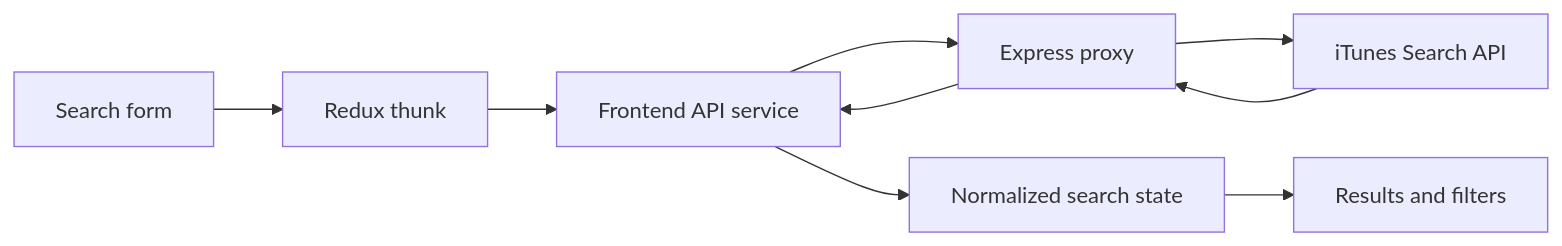
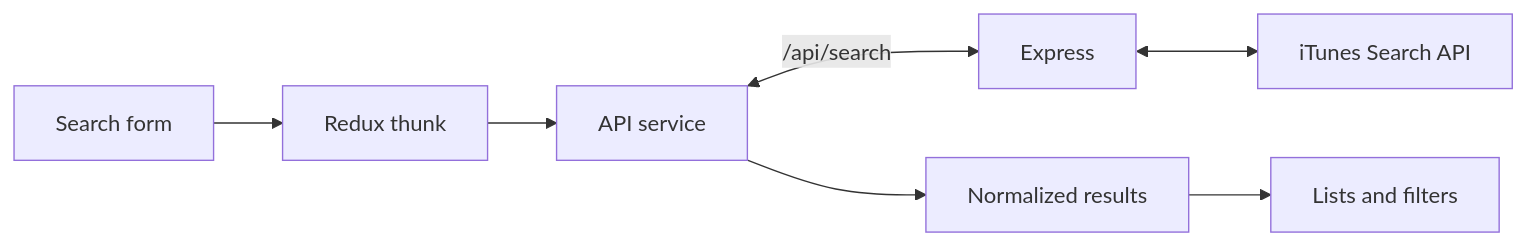
The diagram in README.md (Pcharlesme/NextMusic), drawn with Mermaid before and after one commit. The commit also changed other lines of this file and 6 other files, not shown here.

````diff
--- a/README.md
+++ b/README.md
@@ -77,11 +47,9 @@
 ```mermaid
 flowchart LR
-  A[Search form] --> B[Redux thunk]
-  B --> C[Frontend API service]
-  C --> D[Express proxy]
-  D --> E[iTunes Search API]
-  E --> D
-  D --> C
-  C --> F[Normalized search state]
-  F --> G[Results and filters]
+  Form[Search form] --> Thunk[Redux thunk]
+  Thunk --> Service[API service]
+  Service <-->|/api/search| Server[Express]
+  Server <--> Apple[iTunes Search API]
+  Service --> State[Normalized results]
+  State --> UI[Lists and filters]
 ```
````
